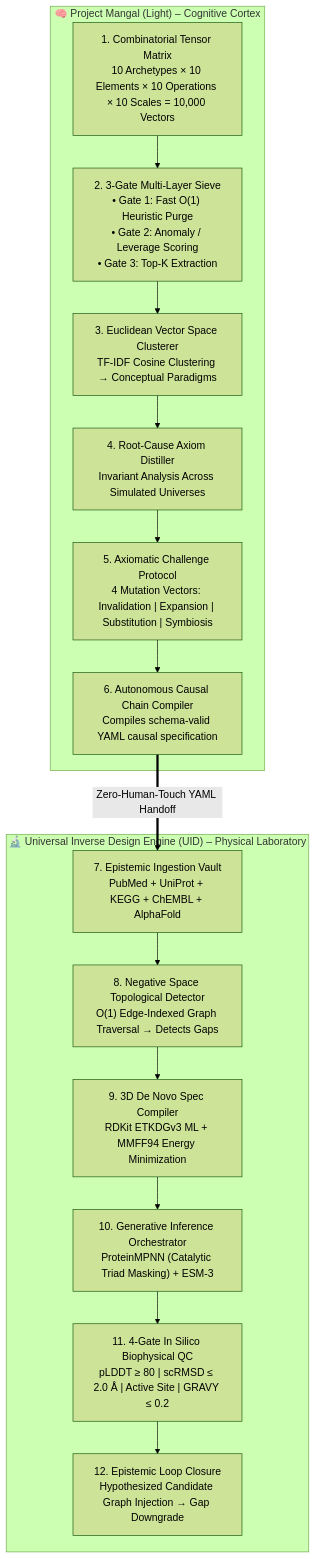
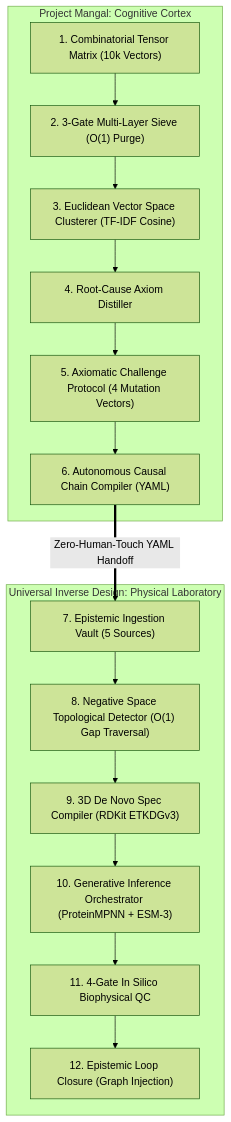
One commit to thokchomlolet03-cpu/universal-inverse-design changed the diagram in docs/blog/04_project_mangal_unified_architecture.md. Above: the diagram before and after it, drawn with Mermaid (forest theme).

Commit message:
docs: resolve Mermaid flowchart label syntax in Section 3

````diff
--- a/docs/blog/04_project_mangal_unified_architecture.md
+++ b/docs/blog/04_project_mangal_unified_architecture.md
@@ -79,31 +79,26 @@
 ```mermaid
 flowchart TD
-    %% Define main hemisphere containers
-    subgraph Mangal ["🧠 Project Mangal (Light) – Cognitive Cortex"]
-        M1["1. Combinatorial Tensor Matrix<br/>10 Archetypes × 10 Elements × 10 Operations × 10 Scales = 10,000 Vectors"]
-        M2["2. 3-Gate Multi-Layer Sieve<br/>• Gate 1: Fast O(1) Heuristic Purge<br/>• Gate 2: Anomaly / Leverage Scoring<br/>• Gate 3: Top-K Extraction"]
-        M3["3. Euclidean Vector Space Clusterer<br/>TF-IDF Cosine Clustering → Conceptual Paradigms"]
-        M4["4. Root-Cause Axiom Distiller<br/>Invariant Analysis Across Simulated Universes"]
-        M5["5. Axiomatic Challenge Protocol<br/>4 Mutation Vectors: Invalidation | Expansion | Substitution | Symbiosis"]
-        M6["6. Autonomous Causal Chain Compiler<br/>Compiles schema-valid YAML causal specification"]
+    subgraph Mangal [Project Mangal: Cognitive Cortex]
+        M1["1. Combinatorial Tensor Matrix (10k Vectors)"]
+        M2["2. 3-Gate Multi-Layer Sieve (O(1) Purge)"]
+        M3["3. Euclidean Vector Space Clusterer (TF-IDF Cosine)"]
+        M4["4. Root-Cause Axiom Distiller"]
+        M5["5. Axiomatic Challenge Protocol (4 Mutation Vectors)"]
+        M6["6. Autonomous Causal Chain Compiler (YAML)"]
         
-        %% Interior Flow of Mangal Hemisphere
         M1 --> M2 --> M3 --> M4 --> M5 --> M6
     end
 
-    %% Zero-Human-Touch Cybernetic Handoff
-    M6 ==>|Zero-Human-Touch YAML Handoff| U7
-
-    %% Define physical hemisphere containers
-    subgraph UID ["🔬 Universal Inverse Design Engine (UID) – Physical Laboratory"]
-        U7["7. Epistemic Ingestion Vault<br/>PubMed + UniProt + KEGG + ChEMBL + AlphaFold"]
-        U8["8. Negative Space Topological Detector<br/>O(1) Edge-Indexed Graph Traversal → Detects Gaps"]
-        U9["9. 3D De Novo Spec Compiler<br/>RDKit ETKDGv3 ML + MMFF94 Energy Minimization"]
-        U10["10. Generative Inference Orchestrator<br/>ProteinMPNN (Catalytic Triad Masking) + ESM-3"]
-        U11["11. 4-Gate In Silico Biophysical QC<br/>pLDDT ≥ 80 | scRMSD ≤ 2.0 Å | Active Site | GRAVY ≤ 0.2"]
-        U12["12. Epistemic Loop Closure<br/>Hypothesized Candidate Graph Injection → Gap Downgrade"]
+    subgraph UID [Universal Inverse Design: Physical Laboratory]
+        U7["7. Epistemic Ingestion Vault (5 Sources)"]
+        U8["8. Negative Space Topological Detector (O(1) Gap Traversal)"]
+        U9["9. 3D De Novo Spec Compiler (RDKit ETKDGv3)"]
+        U10["10. Generative Inference Orchestrator (ProteinMPNN + ESM-3)"]
+        U11["11. 4-Gate In Silico Biophysical QC"]
+        U12["12. Epistemic Loop Closure (Graph Injection)"]
         
-        %% Interior Flow of UID Hemisphere
         U7 --> U8 --> U9 --> U10 --> U11 --> U12
     end
+
+    M6 ==>|Zero-Human-Touch YAML Handoff| U7
 ```
````
